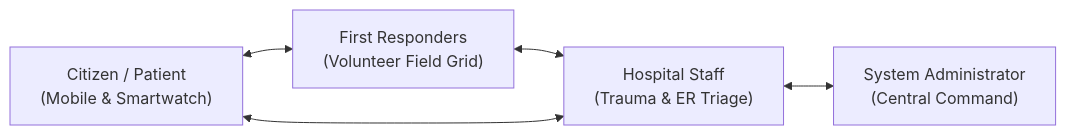
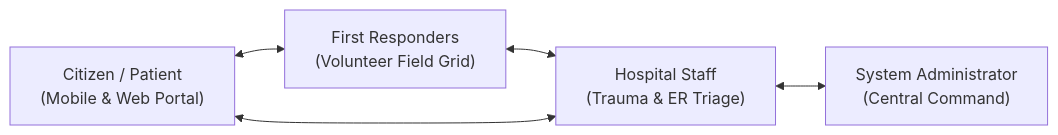
Before and after one commit to VSK-777/Emergency-Alert-and-Hospital-Assistance-System: the diagram in README.md, drawn with Mermaid. The commit also changed other lines of this file and 4 other files, not shown here.

Commit message:
docs: synchronize README files with current architecture and Vercel URL; fix: harden exception handler against raw SQL disclosure

````diff
--- a/README.md
+++ b/README.md
@@ -27,7 +27,7 @@
 ```mermaid
 flowchart LR
-    A["Citizen / Patient<br/>(Mobile & Smartwatch)"] <--> B["First Responders<br/>(Volunteer Field Grid)"]
+    A["Citizen / Patient<br/>(Mobile & Web Portal)"] <--> B["First Responders<br/>(Volunteer Field Grid)"]
     B <--> C["Hospital Staff<br/>(Trauma & ER Triage)"]
     C <--> D["System Administrator<br/>(Central Command)"]
     A <--> C
 ```
````
